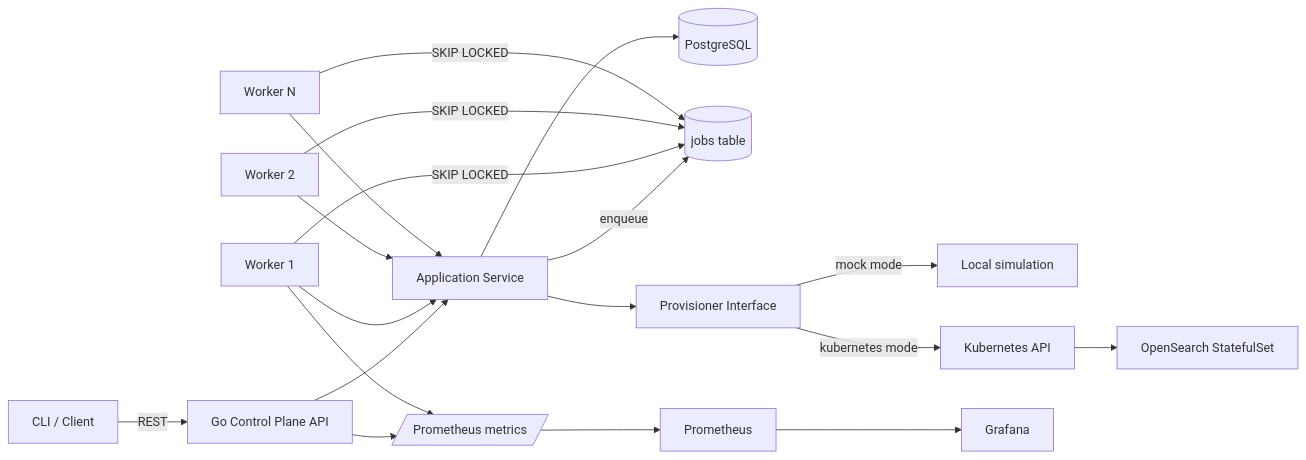
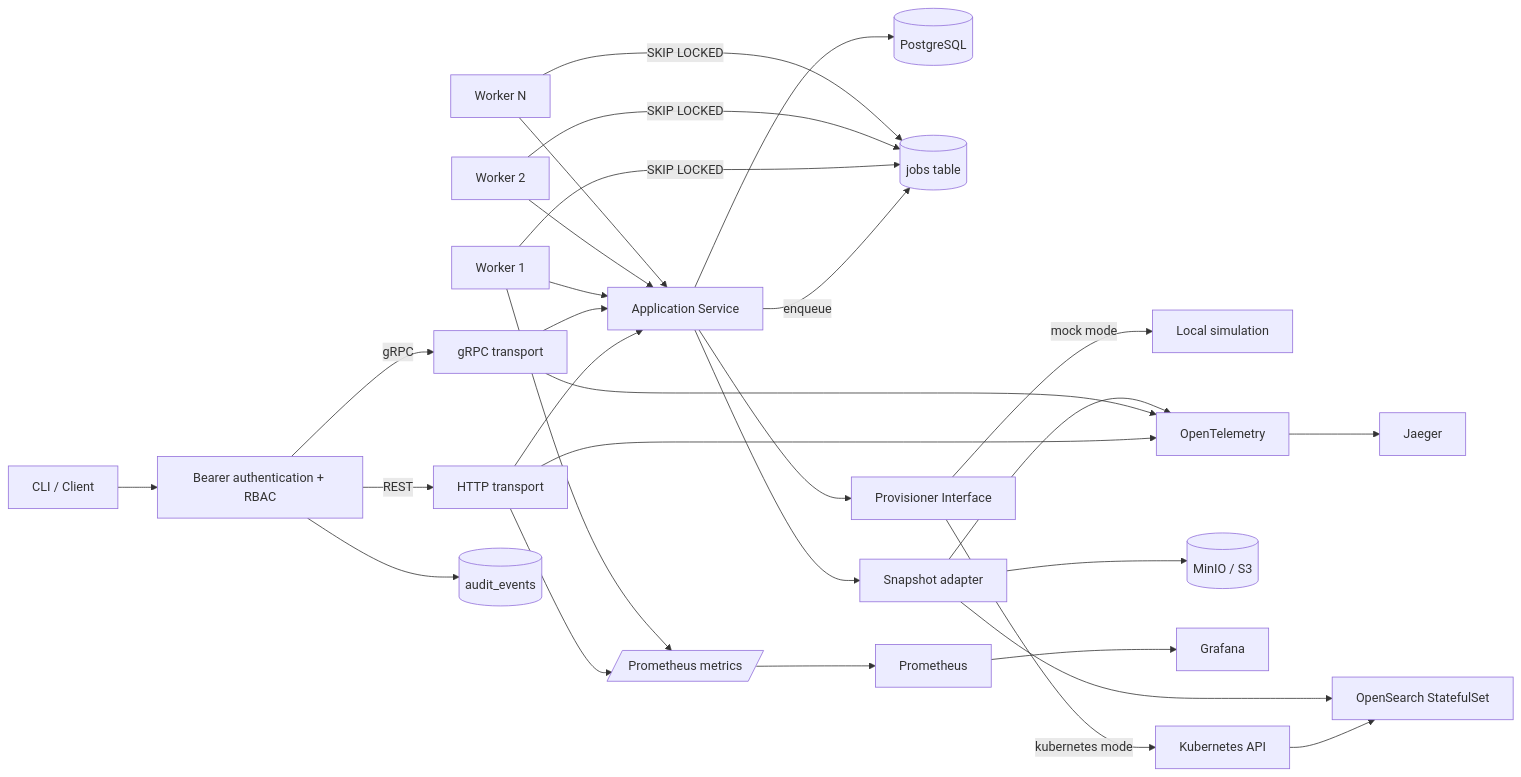
Before and after one commit to SaiVyshnavi1522/dataplane-control-plane: the diagram in docs/architecture.md, drawn with Mermaid. The commit also changed other lines of this file and 59 other files, not shown here.

Commit message:
feat: implement architecture component for 2025-10-03

````diff
--- a/docs/architecture.md
+++ b/docs/architecture.md
@@ -3,21 +3,32 @@
 ```mermaid
 flowchart LR
-    C[CLI / Client] -->|REST| API[Go Control Plane API]
-    API --> APP[Application Service]
+    C[CLI / Client] --> AUTH[Bearer authentication + RBAC]
+    AUTH -->|REST| HTTP[HTTP transport]
+    AUTH -->|gRPC| GRPC[gRPC transport]
+    HTTP --> APP[Application Service]
+    GRPC --> APP
     APP --> PG[(PostgreSQL)]
     APP -->|enqueue| J[(jobs table)]
     W1[Worker 1] -->|SKIP LOCKED| J
     W2[Worker 2] -->|SKIP LOCKED| J
     W3[Worker N] -->|SKIP LOCKED| J
     W1 --> APP
     W2 --> APP
     W3 --> APP
     APP --> P[Provisioner Interface]
     P -->|mock mode| M[Local simulation]
     P -->|kubernetes mode| K[Kubernetes API]
     K --> STS[OpenSearch StatefulSet]
-    API --> MET[/Prometheus metrics/]
+    APP --> SNAP[Snapshot adapter]
+    SNAP --> STS
+    SNAP --> S3[(MinIO / S3)]
+    AUTH --> AUDIT[(audit_events)]
+    HTTP --> MET[/Prometheus metrics/]
     W1 --> MET
     MET --> PR[Prometheus]
     PR --> G[Grafana]
+    HTTP --> OTEL[OpenTelemetry]
+    GRPC --> OTEL
+    SNAP --> OTEL
+    OTEL --> TRACE[Jaeger]
 ```
````
